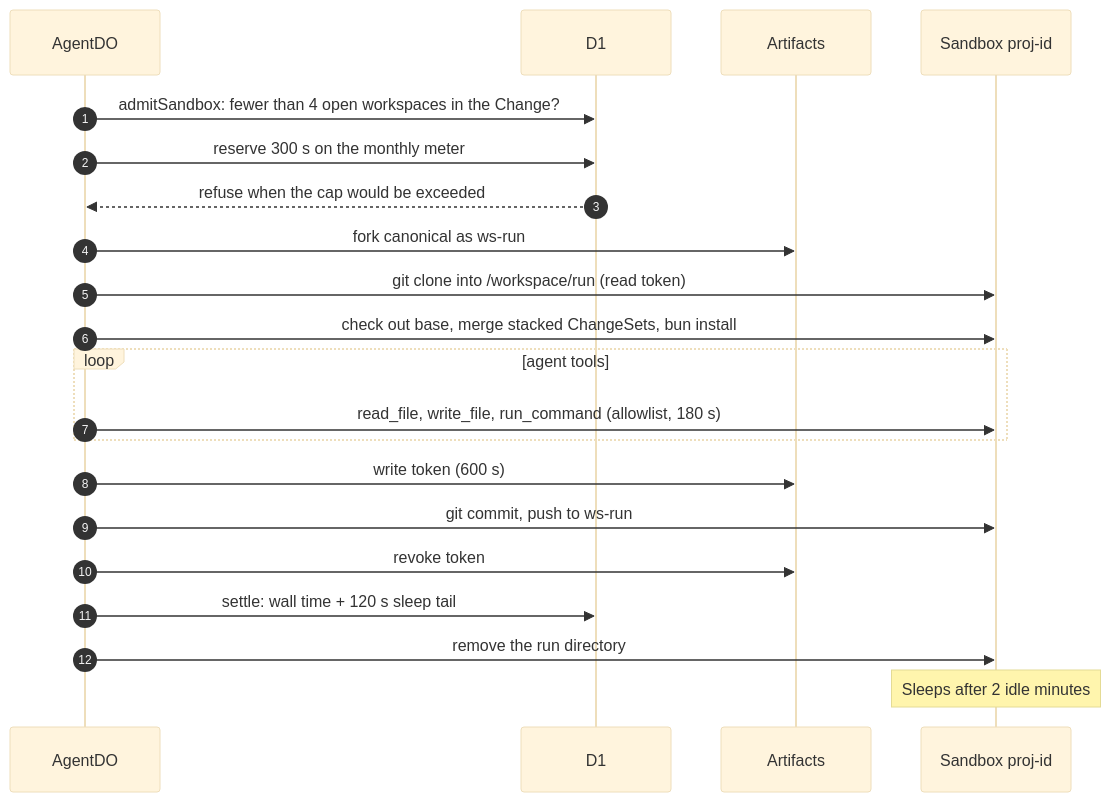
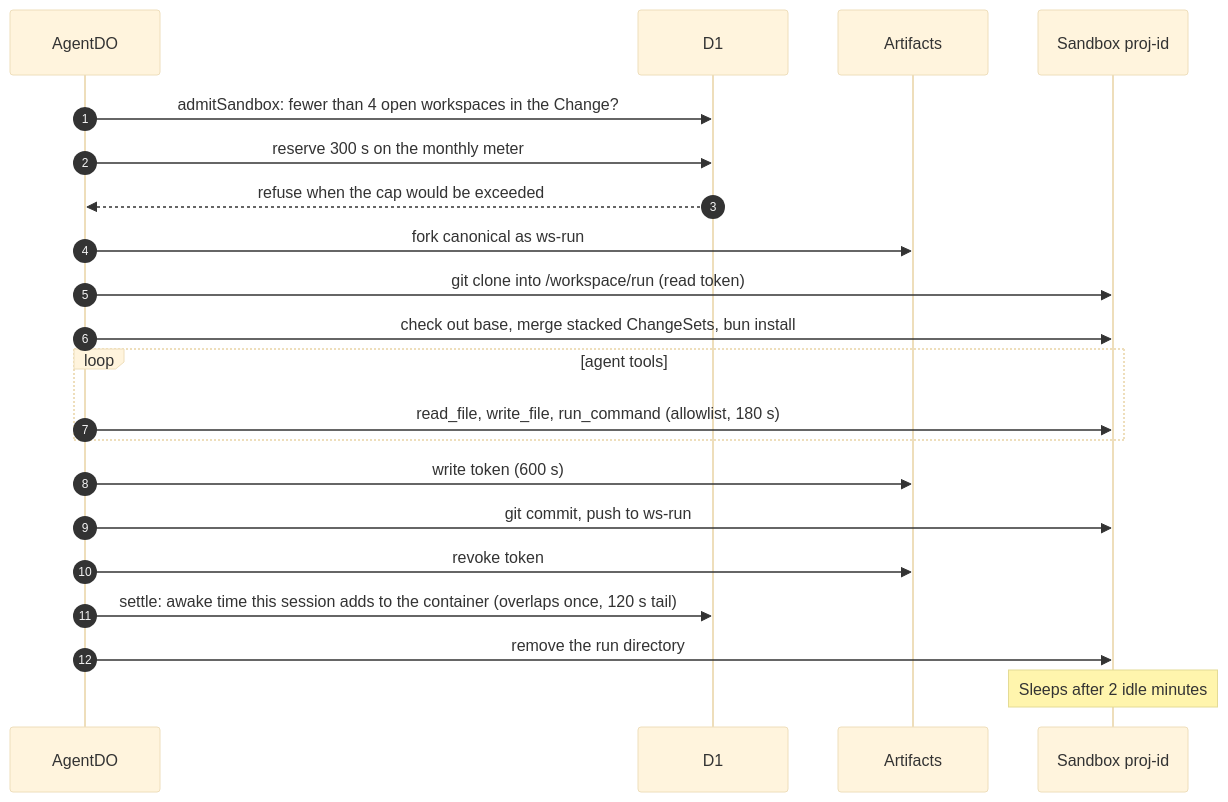
The third of 8 diagrams in docs/architecture/source-and-verification.md (nsudhanva/rhumbatron), drawn with Mermaid (base theme) before and after one commit. The commit also changed other lines of this file and 16 other files, not shown here.

First line of the commit message:
fix: meter the Sandbox container's awake time, judge only product criteria

````diff
--- a/docs/architecture/source-and-verification.md
+++ b/docs/architecture/source-and-verification.md
@@ -111,24 +111,24 @@
 ```mermaid
 sequenceDiagram
   autonumber
   participant A as AgentDO
   participant D1 as D1
   participant Art as Artifacts
   participant SBX as Sandbox proj-id
 
   A->>D1: admitSandbox: fewer than 4 open workspaces in the Change?
   A->>D1: reserve 300 s on the monthly meter
   D1-->>A: refuse when the cap would be exceeded
   A->>Art: fork canonical as ws-run
   A->>SBX: git clone into /workspace/run (read token)
   A->>SBX: check out base, merge stacked ChangeSets, bun install
   loop agent tools
     A->>SBX: read_file, write_file, run_command (allowlist, 180 s)
   end
   A->>Art: write token (600 s)
   A->>SBX: git commit, push to ws-run
   A->>Art: revoke token
-  A->>D1: settle: wall time + 120 s sleep tail
+  A->>D1: settle: awake time this session adds to the container (overlaps once, 120 s tail)
   A->>SBX: remove the run directory
   Note over SBX: Sleeps after 2 idle minutes
 ```
````
